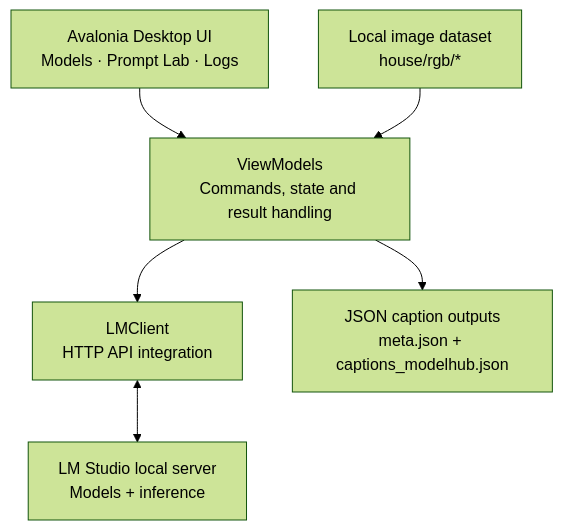
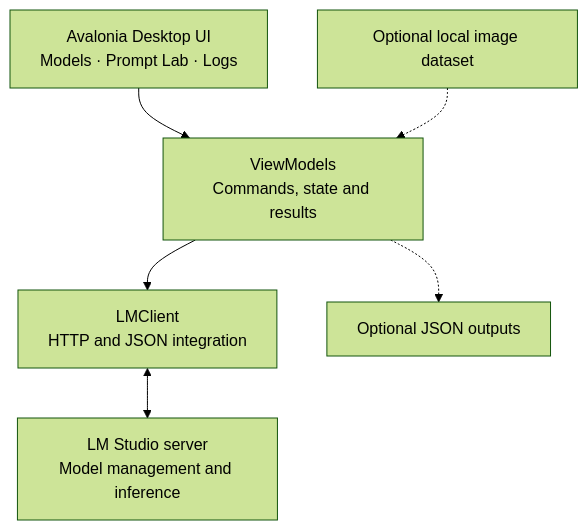
The diagram in README.md (yuryk200/ModelHub), drawn with Mermaid (forest theme) before and after one commit. The commit also changed other lines of this file, not shown here.

````diff
--- a/README.md
+++ b/README.md
@@ -60,14 +64,14 @@
 ```mermaid
 flowchart TB
     UI["Avalonia Desktop UI<br/>Models · Prompt Lab · Logs"]
-    VM["ViewModels<br/>Commands, state and result handling"]
-    CLIENT["LMClient<br/>HTTP API integration"]
-    LM["LM Studio local server<br/>Models + inference"]
-    DATA["Local image dataset<br/>house/rgb/*"]
-    JSON["JSON caption outputs<br/>meta.json + captions_modelhub.json"]
+    VM["ViewModels<br/>Commands, state and results"]
+    CLIENT["LMClient<br/>HTTP and JSON integration"]
+    LM["LM Studio server<br/>Model management and inference"]
+    DATA["Optional local image dataset"]
+    OUTPUT["Optional JSON outputs"]
     UI --> VM
     VM --> CLIENT
     CLIENT <--> LM
-    DATA --> VM
-    VM --> JSON
+    DATA -.-> VM
+    VM -.-> OUTPUT
 ```
````
